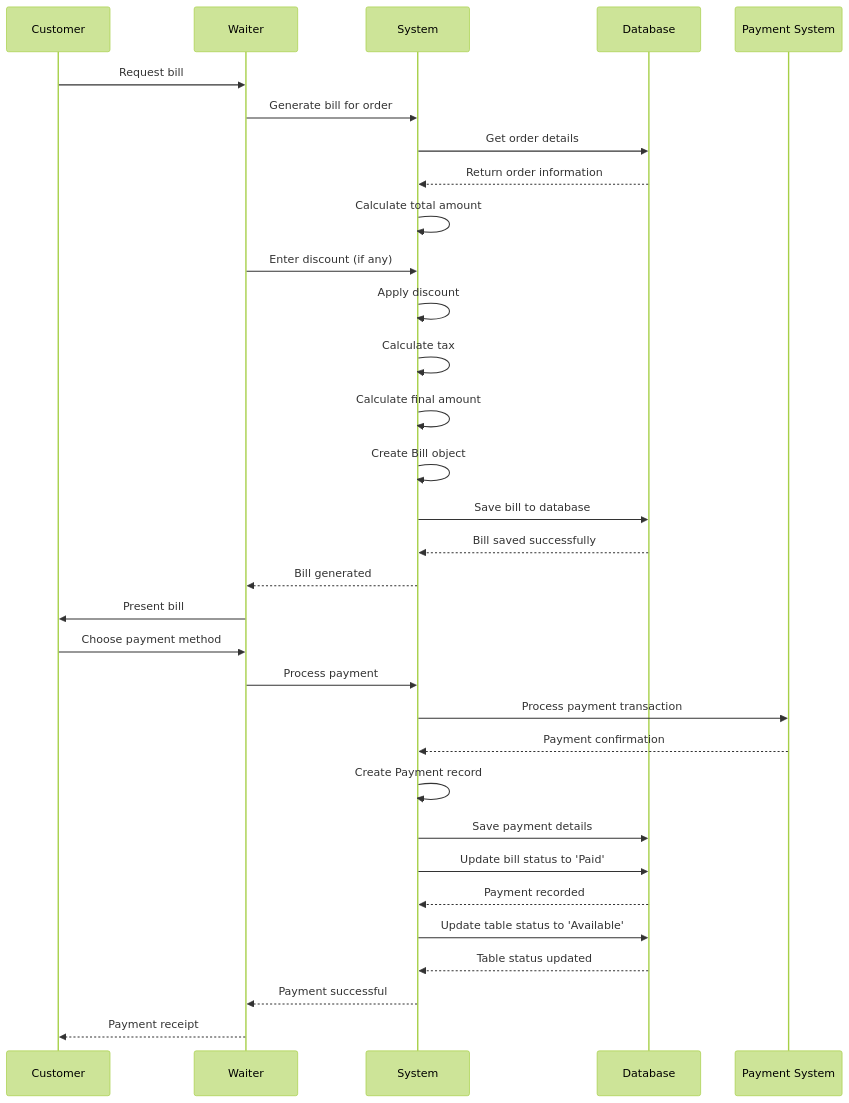
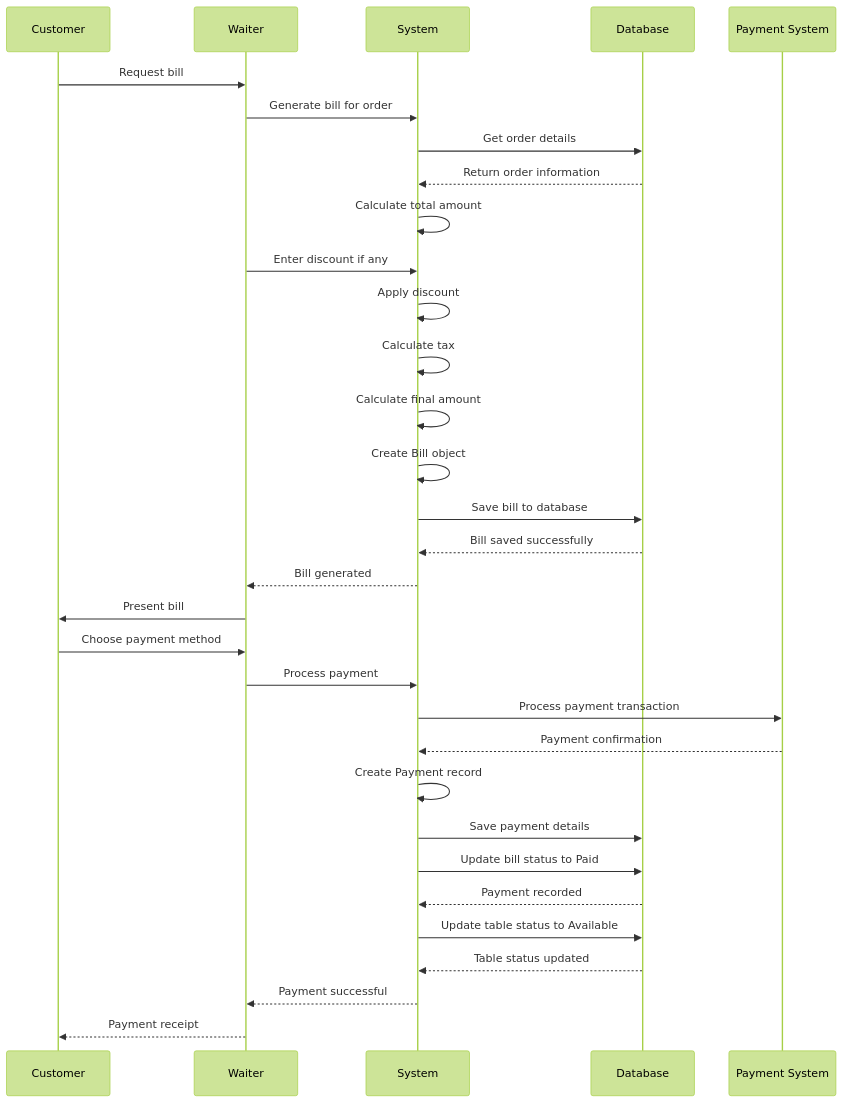
The fifth of 9 diagrams in README.md (Shourya-Garg/Restaurant-management-using-jdbc), drawn with Mermaid (forest theme) before and after one commit. The commit also changed other lines of this file, not shown here.

Commit message:
updated diagrams

````diff
--- a/README.md
+++ b/README.md
@@ -813,42 +773,42 @@
 ```mermaid
 sequenceDiagram
     participant C as Customer
     participant W as Waiter
     participant S as System
     participant DB as Database
     participant P as Payment System
     
     C->>W: Request bill
     W->>S: Generate bill for order
     S->>DB: Get order details
     DB-->>S: Return order information
     
     S->>S: Calculate total amount
-    W->>S: Enter discount (if any)
+    W->>S: Enter discount if any
     S->>S: Apply discount
     S->>S: Calculate tax
     S->>S: Calculate final amount
     
     S->>S: Create Bill object
     S->>DB: Save bill to database
     DB-->>S: Bill saved successfully
     
     S-->>W: Bill generated
     W->>C: Present bill
     
     C->>W: Choose payment method
     W->>S: Process payment
     S->>P: Process payment transaction
     P-->>S: Payment confirmation
     
     S->>S: Create Payment record
     S->>DB: Save payment details
-    S->>DB: Update bill status to 'Paid'
+    S->>DB: Update bill status to Paid
     DB-->>S: Payment recorded
     
-    S->>DB: Update table status to 'Available'
+    S->>DB: Update table status to Available
     DB-->>S: Table status updated
     
     S-->>W: Payment successful
     W-->>C: Payment receipt
 ```
````
